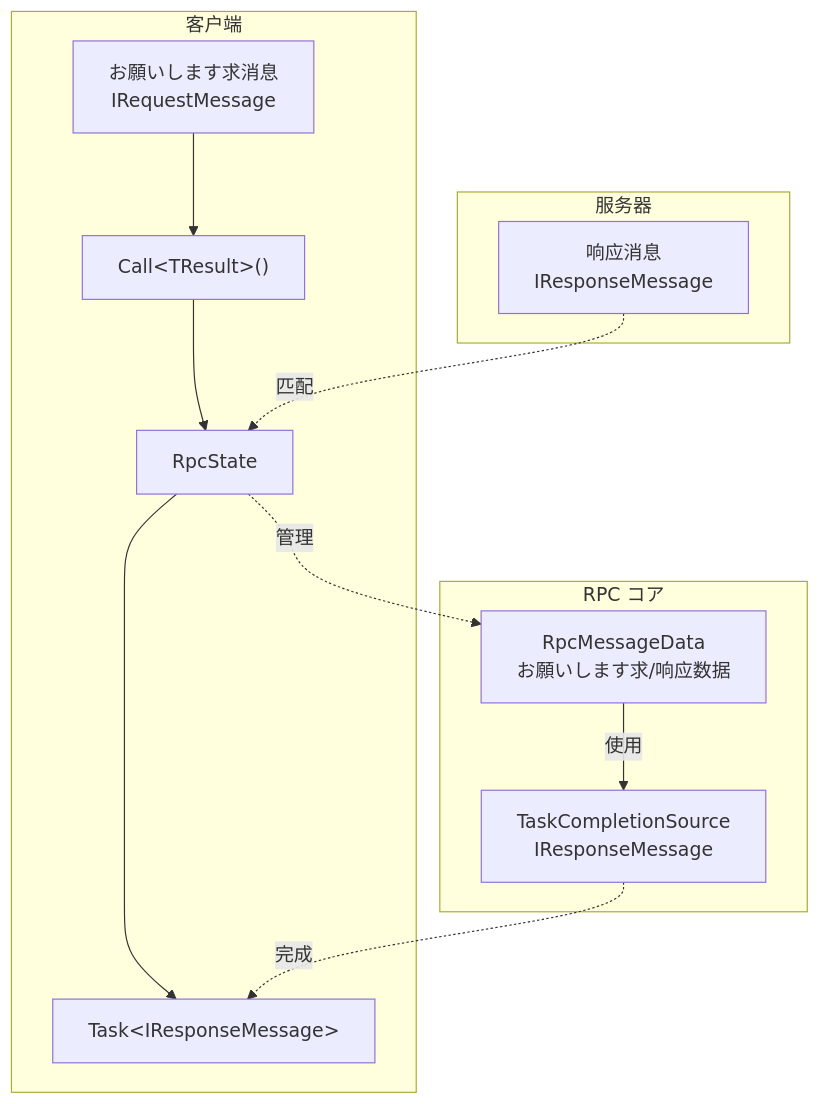
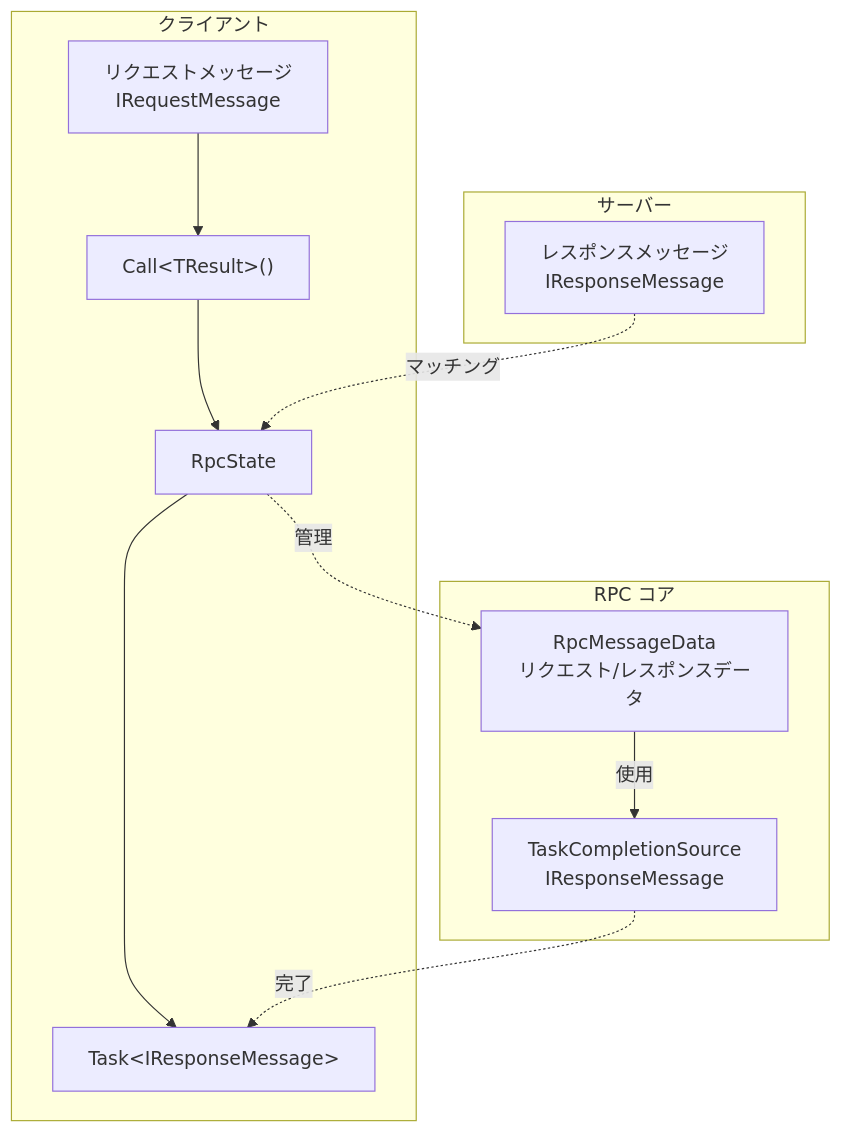
Before and after one commit to AlianBlank/GameFrameX.Docs: the first of 3 diagrams in docs/ja/client/unity/component/network/11.rpc.md, drawn with Mermaid. The commit also changed other lines of this file and 320 other files, not shown here.

````diff
--- a/docs/ja/client/unity/component/network/11.rpc.md
+++ b/docs/ja/client/unity/component/network/11.rpc.md
@@ -29,24 +29,24 @@
 ```mermaid
 flowchart TD
-    subgraph Client["客户端"]
-        Request["お願いします求消息<br/>IRequestMessage"]
+    subgraph Client["クライアント"]
+        Request["リクエストメッセージ<br/>IRequestMessage"]
         Call["Call&lt;TResult&gt;()"]
         RpcState["RpcState"]
         Task["Task&lt;IResponseMessage&gt;"]
     end
 
     subgraph Core["RPC コア"]
-        RpcState -.->|管理| RpcMessageData["RpcMessageData<br/>お願いします求/响应数据"]
+        RpcState -.->|管理| RpcMessageData["RpcMessageData<br/>リクエスト/レスポンスデータ"]
         RpcMessageData -->|使用| TCS["TaskCompletionSource<br/>IResponseMessage"]
     end
 
-    subgraph Server["服务器"]
-        Response["响应消息<br/>IResponseMessage"]
+    subgraph Server["サーバー"]
+        Response["レスポンスメッセージ<br/>IResponseMessage"]
     end
 
     Request --> Call
     Call --> RpcState
     RpcState --> Task
-    Response -.->|匹配| RpcState
-    TCS -.->|完成| Task
+    Response -.->|マッチング| RpcState
+    TCS -.->|完了| Task
 ```
````
